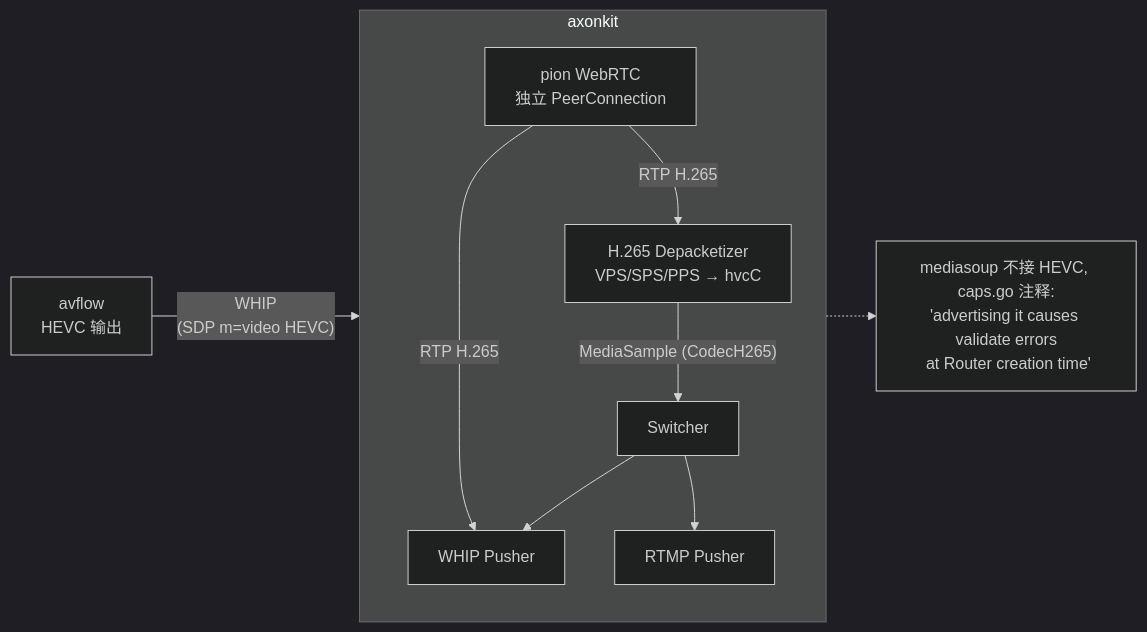
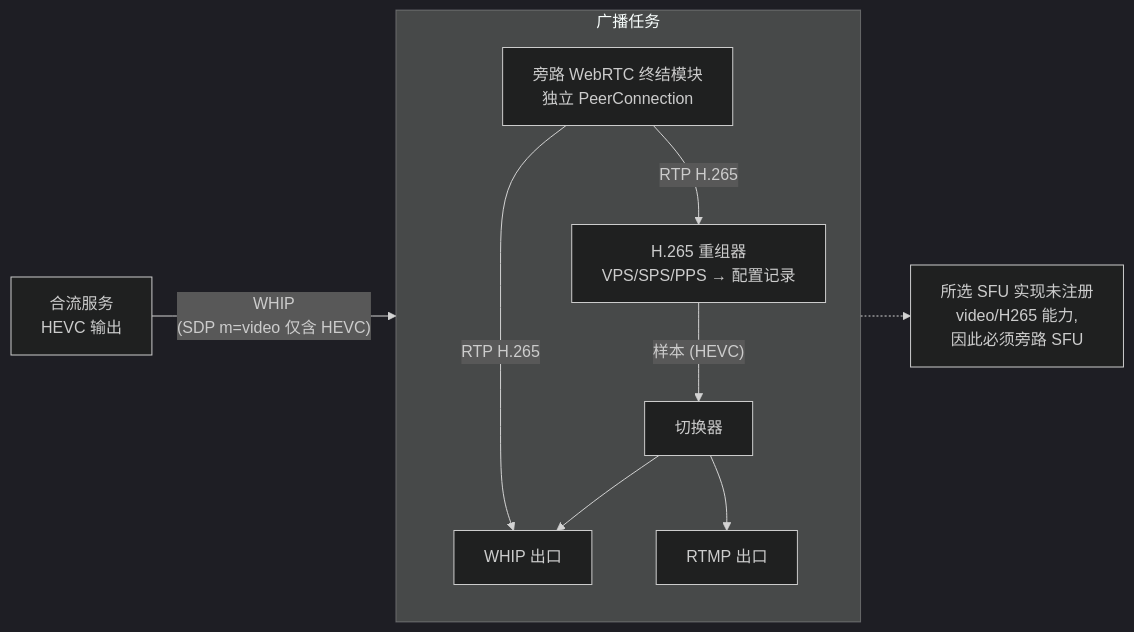
One commit to axonkit/axonkit changed the fifth of 5 diagrams in docs/patent/broadcast-source-switch.md. Above: the diagram before and after it, drawn with Mermaid (dark theme). The commit also changed other lines of this file, not shown here.

````diff
--- a/docs/patent/broadcast-source-switch.md
+++ b/docs/patent/broadcast-source-switch.md
@@ -245,22 +252,22 @@
 ```mermaid
 flowchart LR
-    AV[avflow\nHEVC 输出] -- "WHIP\n(SDP m=video HEVC)" --> Pion
+    AV[合流服务\nHEVC 输出] -- "WHIP\n(SDP m=video 仅含 HEVC)" --> Pion
 
-    subgraph axonkit
+    subgraph axonkit[广播任务]
         direction TB
-        Pion[pion WebRTC\n独立 PeerConnection]
-        Depack[H.265 Depacketizer\nVPS/SPS/PPS → hvcC]
-        SW[Switcher]
-        RP[RTMP Pusher]
-        WP[WHIP Pusher]
+        Pion[旁路 WebRTC 终结模块\n独立 PeerConnection]
+        Depack[H.265 重组器\nVPS/SPS/PPS → 配置记录]
+        SW[切换器]
+        RP[RTMP 出口]
+        WP[WHIP 出口]
     end
 
     Pion -- "RTP H.265" --> Depack
     Pion -- "RTP H.265" --> WP
-    Depack -- "MediaSample (CodecH265)" --> SW
+    Depack -- "样本 (HEVC)" --> SW
     SW --> RP
     SW --> WP
 
-    Note["mediasoup 不接 HEVC, caps.go 注释:\n'advertising it causes validate errors\n at Router creation time'"]
+    Note["所选 SFU 实现未注册\n video/H265 能力,\n 因此必须旁路 SFU"]
     Pion -.-> Note
 ```
````
